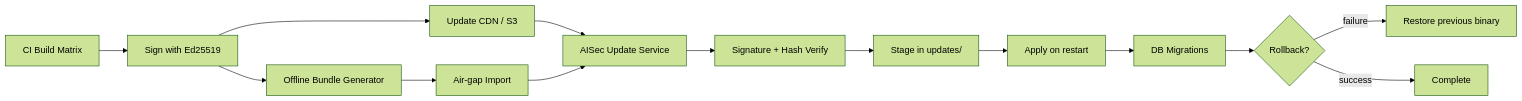
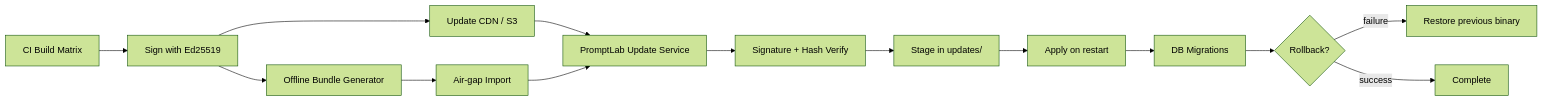
One commit to YangYang-Research/yang-promptlab changed the tenth of 11 diagrams in docs/ARCHITECTURE.md. Above: the diagram before and after it, drawn with Mermaid (forest theme). The commit also changed other lines of this file and 352 other files, not shown here.

First line of the commit message:
feat(promptlab): migrate from AISec to PromptLab framework

````diff
--- a/docs/ARCHITECTURE.md
+++ b/docs/ARCHITECTURE.md
@@ -802,16 +802,16 @@
 ```mermaid
 flowchart LR
     BUILD[CI Build Matrix] --> SIGN[Sign with Ed25519]
     SIGN --> CDN[Update CDN / S3]
     SIGN --> OFFLINE[Offline Bundle Generator]
-    CDN --> CLIENT[AISec Update Service]
+    CDN --> CLIENT[PromptLab Update Service]
     OFFLINE --> USB[Air-gap Import]
     USB --> CLIENT
     CLIENT --> VERIFY[Signature + Hash Verify]
     VERIFY --> STAGE[Stage in updates/]
     STAGE --> APPLY[Apply on restart]
     APPLY --> MIGRATE[DB Migrations]
     MIGRATE --> ROLLBACK{Rollback?}
     ROLLBACK -->|failure| PREV[Restore previous binary]
     ROLLBACK -->|success| DONE[Complete]
 ```
````
